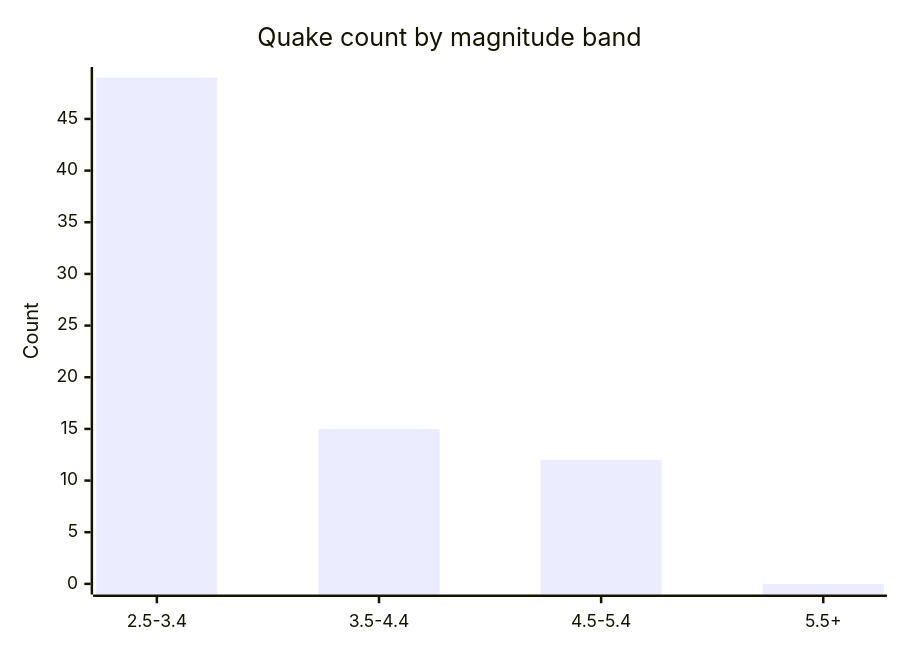
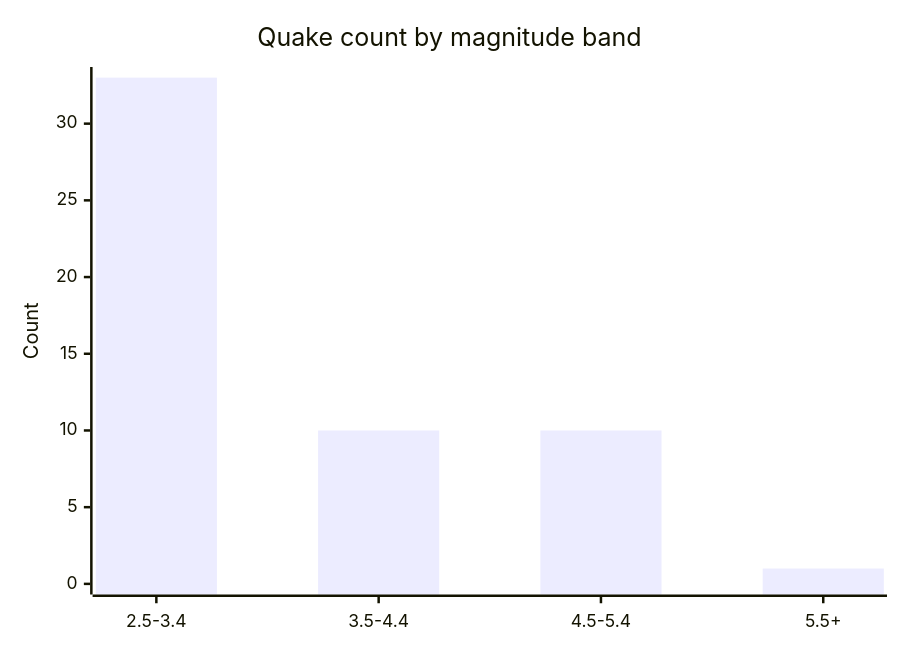
One commit to Midwest-Stratospheric/aerostratospheric-defense-gir changed the fifth of 6 diagrams in docs/GRAPHS.md. Above: the diagram before and after it, drawn with Mermaid. The commit also changed other lines of this file and 23 other files, not shown here.

````diff
--- a/docs/GRAPHS.md
+++ b/docs/GRAPHS.md
@@ -82,7 +82,7 @@
 ```mermaid
 xychart-beta
   title "Quake count by magnitude band"
   x-axis ["2.5-3.4", "3.5-4.4", "4.5-5.4", "5.5+"]
-  y-axis "Count" 0 --> 49
-  bar [49, 15, 12, 0]
+  y-axis "Count" 0 --> 33
+  bar [33, 10, 10, 1]
 ```
````
